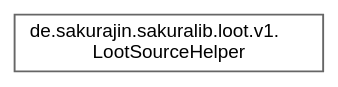
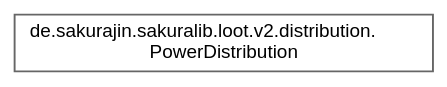
The diagram in inherit_graph_21.dot (noah1510/sakura-lib), drawn with Graphviz before and after one commit. The commit also changed 186 other files, not shown here.

```diff
--- a/inherit_graph_21.dot
+++ b/inherit_graph_21.dot
@@ -1,9 +1,9 @@
 digraph "Graphical Class Hierarchy"
 {
  // LATEX_PDF_SIZE
   bgcolor="transparent";
   edge [fontname=Helvetica,fontsize=10,labelfontname=Helvetica,labelfontsize=10];
   node [fontname=Helvetica,fontsize=10,shape=box,height=0.2,width=0.4];
   rankdir="LR";
-  Node0 [label="de.sakurajin.sakuralib.loot.v1.\lLootSourceHelper",height=0.2,width=0.4,color="grey40", fillcolor="white", style="filled",URL="$classde_1_1sakurajin_1_1sakuralib_1_1loot_1_1v1_1_1LootSourceHelper.html",tooltip="This helper class allows decoding and encoding of loot table sources."];
+  Node0 [label="de.sakurajin.sakuralib.loot.v2.distribution.\lPowerDistribution",height=0.2,width=0.4,color="grey40", fillcolor="white", style="filled",URL="$classde_1_1sakurajin_1_1sakuralib_1_1loot_1_1v2_1_1distribution_1_1PowerDistribution.html",tooltip="This class can be used to create a power based weight distributions for loot tables."];
 }
```
